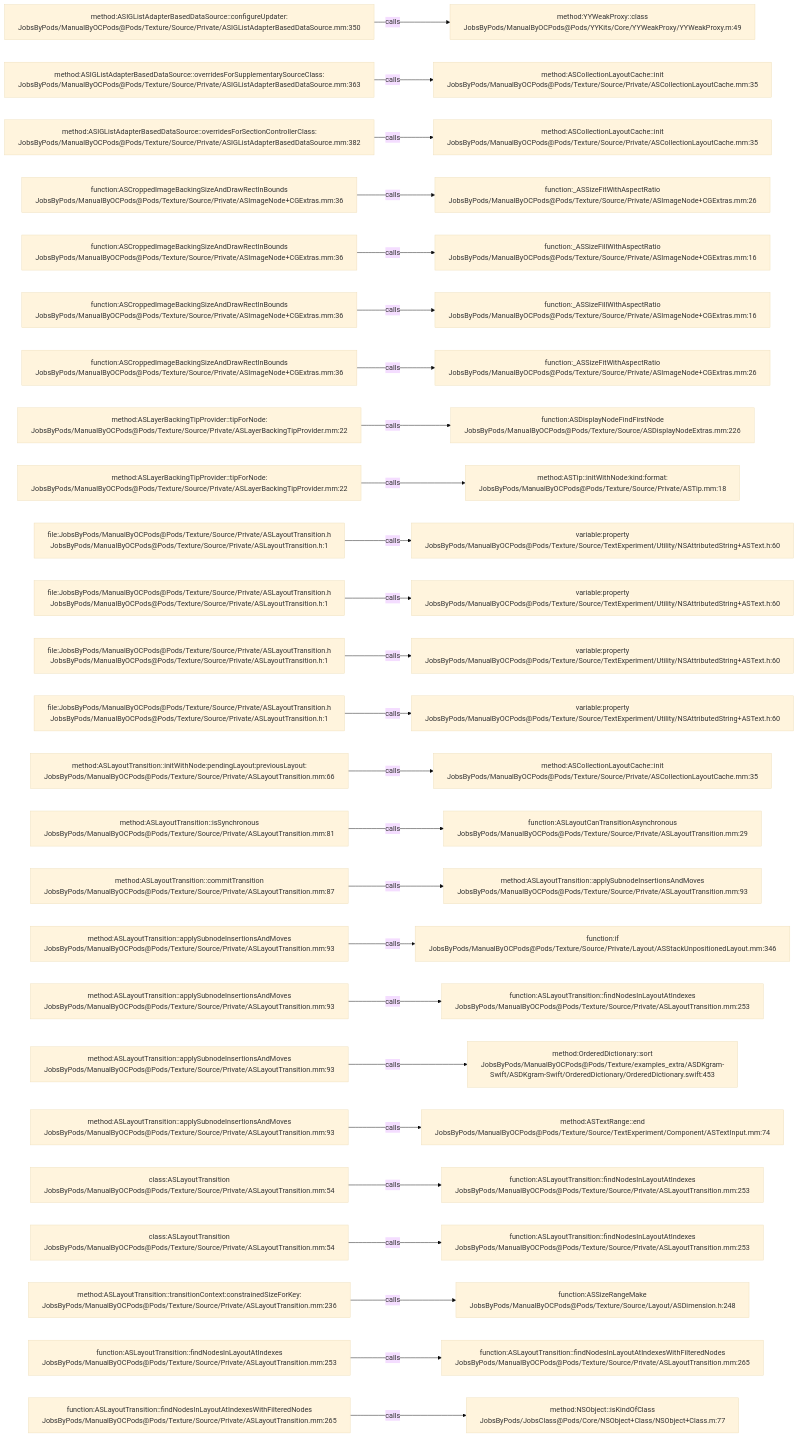
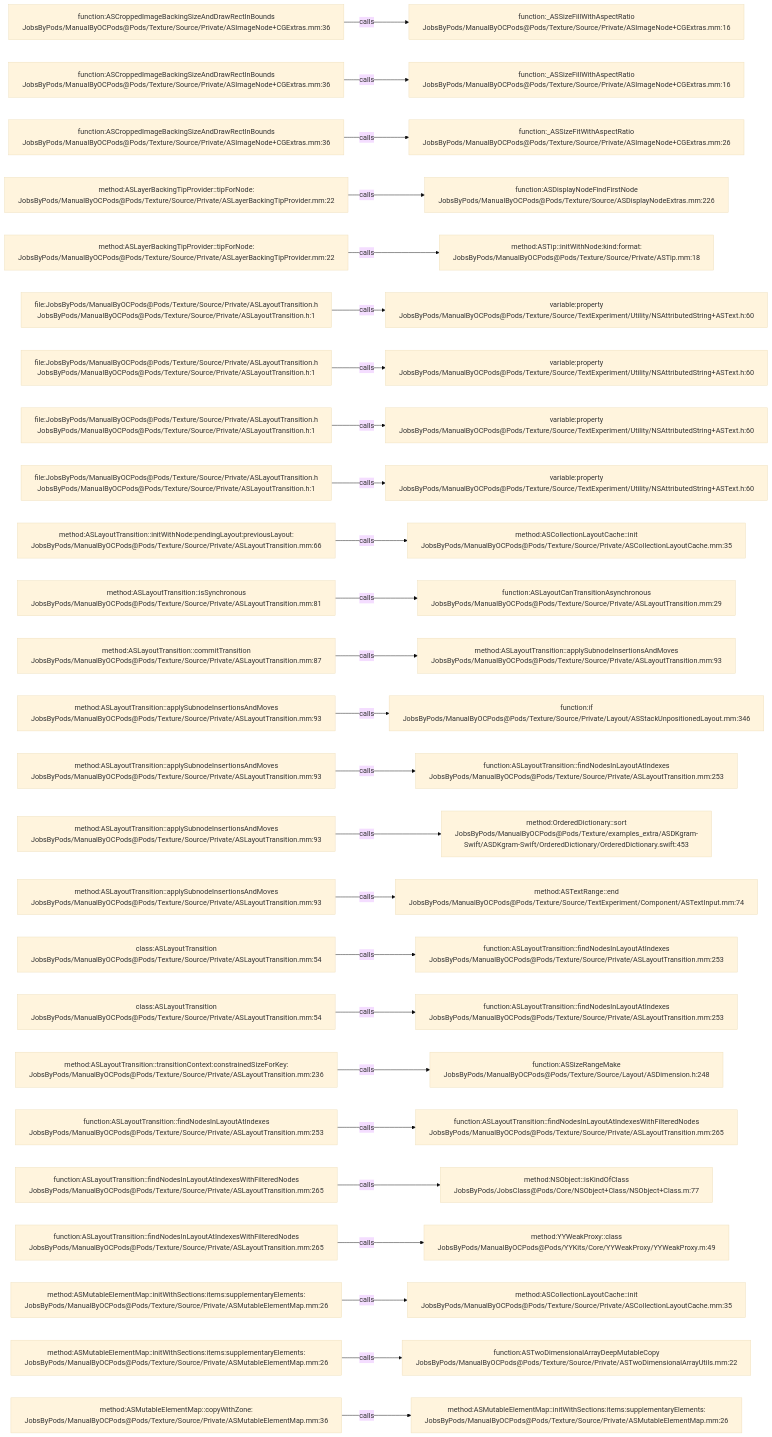
One commit to JobsKits/JobsOCBaseConfigDemo changed the diagram in .codegraph/codegraph.md/graphs/calls-188.md. Above: the diagram before and after it, drawn with Mermaid (base theme). The commit also changed 727 other files, not shown here.

````diff
--- a/.codegraph/codegraph.md/graphs/calls-188.md
+++ b/.codegraph/codegraph.md/graphs/calls-188.md
@@ -13,78 +13,78 @@
 ```mermaid
 flowchart LR
-  S1["method:ASIGListAdapterBasedDataSource::configureUpdater:<br/>JobsByPods/ManualByOCPods@Pods/Texture/Source/Private/ASIGListAdapterBasedDataSource.mm:350"]
-  T1["method:YYWeakProxy::class<br/>JobsByPods/ManualByOCPods@Pods/YYKits/Core/YYWeakProxy/YYWeakProxy.m:49"]
+  S1["function:ASCroppedImageBackingSizeAndDrawRectInBounds<br/>JobsByPods/ManualByOCPods@Pods/Texture/Source/Private/ASImageNode+CGExtras.mm:36"]
+  T1["function:_ASSizeFillWithAspectRatio<br/>JobsByPods/ManualByOCPods@Pods/Texture/Source/Private/ASImageNode+CGExtras.mm:16"]
   S1 -->|calls| T1
-  S2["method:ASIGListAdapterBasedDataSource::overridesForSupplementarySourceClass:<br/>JobsByPods/ManualByOCPods@Pods/Texture/Source/Private/ASIGListAdapterBasedDataSource.mm:363"]
-  T2["method:ASCollectionLayoutCache::init<br/>JobsByPods/ManualByOCPods@Pods/Texture/Source/Private/ASCollectionLayoutCache.mm:35"]
+  S2["function:ASCroppedImageBackingSizeAndDrawRectInBounds<br/>JobsByPods/ManualByOCPods@Pods/Texture/Source/Private/ASImageNode+CGExtras.mm:36"]
+  T2["function:_ASSizeFillWithAspectRatio<br/>JobsByPods/ManualByOCPods@Pods/Texture/Source/Private/ASImageNode+CGExtras.mm:16"]
   S2 -->|calls| T2
-  S3["method:ASIGListAdapterBasedDataSource::overridesForSectionControllerClass:<br/>JobsByPods/ManualByOCPods@Pods/Texture/Source/Private/ASIGListAdapterBasedDataSource.mm:382"]
-  T3["method:ASCollectionLayoutCache::init<br/>JobsByPods/ManualByOCPods@Pods/Texture/Source/Private/ASCollectionLayoutCache.mm:35"]
+  S3["function:ASCroppedImageBackingSizeAndDrawRectInBounds<br/>JobsByPods/ManualByOCPods@Pods/Texture/Source/Private/ASImageNode+CGExtras.mm:36"]
+  T3["function:_ASSizeFitWithAspectRatio<br/>JobsByPods/ManualByOCPods@Pods/Texture/Source/Private/ASImageNode+CGExtras.mm:26"]
   S3 -->|calls| T3
-  S4["function:ASCroppedImageBackingSizeAndDrawRectInBounds<br/>JobsByPods/ManualByOCPods@Pods/Texture/Source/Private/ASImageNode+CGExtras.mm:36"]
-  T4["function:_ASSizeFitWithAspectRatio<br/>JobsByPods/ManualByOCPods@Pods/Texture/Source/Private/ASImageNode+CGExtras.mm:26"]
+  S4["method:ASLayerBackingTipProvider::tipForNode:<br/>JobsByPods/ManualByOCPods@Pods/Texture/Source/Private/ASLayerBackingTipProvider.mm:22"]
+  T4["function:ASDisplayNodeFindFirstNode<br/>JobsByPods/ManualByOCPods@Pods/Texture/Source/ASDisplayNodeExtras.mm:226"]
   S4 -->|calls| T4
-  S5["function:ASCroppedImageBackingSizeAndDrawRectInBounds<br/>JobsByPods/ManualByOCPods@Pods/Texture/Source/Private/ASImageNode+CGExtras.mm:36"]
-  T5["function:_ASSizeFillWithAspectRatio<br/>JobsByPods/ManualByOCPods@Pods/Texture/Source/Private/ASImageNode+CGExtras.mm:16"]
+  S5["method:ASLayerBackingTipProvider::tipForNode:<br/>JobsByPods/ManualByOCPods@Pods/Texture/Source/Private/ASLayerBackingTipProvider.mm:22"]
+  T5["method:ASTip::initWithNode:kind:format:<br/>JobsByPods/ManualByOCPods@Pods/Texture/Source/Private/ASTip.mm:18"]
   S5 -->|calls| T5
-  S6["function:ASCroppedImageBackingSizeAndDrawRectInBounds<br/>JobsByPods/ManualByOCPods@Pods/Texture/Source/Private/ASImageNode+CGExtras.mm:36"]
-  T6["function:_ASSizeFillWithAspectRatio<br/>JobsByPods/ManualByOCPods@Pods/Texture/Source/Private/ASImageNode+CGExtras.mm:16"]
+  S6["file:JobsByPods/ManualByOCPods@Pods/Texture/Source/Private/ASLayoutTransition.h<br/>JobsByPods/ManualByOCPods@Pods/Texture/Source/Private/ASLayoutTransition.h:1"]
+  T6["variable:property<br/>JobsByPods/ManualByOCPods@Pods/Texture/Source/TextExperiment/Utility/NSAttributedString+ASText.h:60"]
   S6 -->|calls| T6
-  S7["function:ASCroppedImageBackingSizeAndDrawRectInBounds<br/>JobsByPods/ManualByOCPods@Pods/Texture/Source/Private/ASImageNode+CGExtras.mm:36"]
-  T7["function:_ASSizeFitWithAspectRatio<br/>JobsByPods/ManualByOCPods@Pods/Texture/Source/Private/ASImageNode+CGExtras.mm:26"]
+  S7["file:JobsByPods/ManualByOCPods@Pods/Texture/Source/Private/ASLayoutTransition.h<br/>JobsByPods/ManualByOCPods@Pods/Texture/Source/Private/ASLayoutTransition.h:1"]
+  T7["variable:property<br/>JobsByPods/ManualByOCPods@Pods/Texture/Source/TextExperiment/Utility/NSAttributedString+ASText.h:60"]
   S7 -->|calls| T7
-  S8["method:ASLayerBackingTipProvider::tipForNode:<br/>JobsByPods/ManualByOCPods@Pods/Texture/Source/Private/ASLayerBackingTipProvider.mm:22"]
-  T8["function:ASDisplayNodeFindFirstNode<br/>JobsByPods/ManualByOCPods@Pods/Texture/Source/ASDisplayNodeExtras.mm:226"]
+  S8["file:JobsByPods/ManualByOCPods@Pods/Texture/Source/Private/ASLayoutTransition.h<br/>JobsByPods/ManualByOCPods@Pods/Texture/Source/Private/ASLayoutTransition.h:1"]
+  T8["variable:property<br/>JobsByPods/ManualByOCPods@Pods/Texture/Source/TextExperiment/Utility/NSAttributedString+ASText.h:60"]
   S8 -->|calls| T8
-  S9["method:ASLayerBackingTipProvider::tipForNode:<br/>JobsByPods/ManualByOCPods@Pods/Texture/Source/Private/ASLayerBackingTipProvider.mm:22"]
-  T9["method:ASTip::initWithNode:kind:format:<br/>JobsByPods/ManualByOCPods@Pods/Texture/Source/Private/ASTip.mm:18"]
+  S9["file:JobsByPods/ManualByOCPods@Pods/Texture/Source/Private/ASLayoutTransition.h<br/>JobsByPods/ManualByOCPods@Pods/Texture/Source/Private/ASLayoutTransition.h:1"]
+  T9["variable:property<br/>JobsByPods/ManualByOCPods@Pods/Texture/Source/TextExperiment/Utility/NSAttributedString+ASText.h:60"]
   S9 -->|calls| T9
-  S10["file:JobsByPods/ManualByOCPods@Pods/Texture/Source/Private/ASLayoutTransition.h<br/>JobsByPods/ManualByOCPods@Pods/Texture/Source/Private/ASLayoutTransition.h:1"]
-  T10["variable:property<br/>JobsByPods/ManualByOCPods@Pods/Texture/Source/TextExperiment/Utility/NSAttributedString+ASText.h:60"]
+  S10["method:ASLayoutTransition::initWithNode:pendingLayout:previousLayout:<br/>JobsByPods/ManualByOCPods@Pods/Texture/Source/Private/ASLayoutTransition.mm:66"]
+  T10["method:ASCollectionLayoutCache::init<br/>JobsByPods/ManualByOCPods@Pods/Texture/Source/Private/ASCollectionLayoutCache.mm:35"]
   S10 -->|calls| T10
-  S11["file:JobsByPods/ManualByOCPods@Pods/Texture/Source/Private/ASLayoutTransition.h<br/>JobsByPods/ManualByOCPods@Pods/Texture/Source/Private/ASLayoutTransition.h:1"]
-  T11["variable:property<br/>JobsByPods/ManualByOCPods@Pods/Texture/Source/TextExperiment/Utility/NSAttributedString+ASText.h:60"]
+  S11["method:ASLayoutTransition::isSynchronous<br/>JobsByPods/ManualByOCPods@Pods/Texture/Source/Private/ASLayoutTransition.mm:81"]
+  T11["function:ASLayoutCanTransitionAsynchronous<br/>JobsByPods/ManualByOCPods@Pods/Texture/Source/Private/ASLayoutTransition.mm:29"]
   S11 -->|calls| T11
-  S12["file:JobsByPods/ManualByOCPods@Pods/Texture/Source/Private/ASLayoutTransition.h<br/>JobsByPods/ManualByOCPods@Pods/Texture/Source/Private/ASLayoutTransition.h:1"]
-  T12["variable:property<br/>JobsByPods/ManualByOCPods@Pods/Texture/Source/TextExperiment/Utility/NSAttributedString+ASText.h:60"]
+  S12["method:ASLayoutTransition::commitTransition<br/>JobsByPods/ManualByOCPods@Pods/Texture/Source/Private/ASLayoutTransition.mm:87"]
+  T12["method:ASLayoutTransition::applySubnodeInsertionsAndMoves<br/>JobsByPods/ManualByOCPods@Pods/Texture/Source/Private/ASLayoutTransition.mm:93"]
   S12 -->|calls| T12
-  S13["file:JobsByPods/ManualByOCPods@Pods/Texture/Source/Private/ASLayoutTransition.h<br/>JobsByPods/ManualByOCPods@Pods/Texture/Source/Private/ASLayoutTransition.h:1"]
-  T13["variable:property<br/>JobsByPods/ManualByOCPods@Pods/Texture/Source/TextExperiment/Utility/NSAttributedString+ASText.h:60"]
+  S13["method:ASLayoutTransition::applySubnodeInsertionsAndMoves<br/>JobsByPods/ManualByOCPods@Pods/Texture/Source/Private/ASLayoutTransition.mm:93"]
+  T13["function:if<br/>JobsByPods/ManualByOCPods@Pods/Texture/Source/Private/Layout/ASStackUnpositionedLayout.mm:346"]
   S13 -->|calls| T13
-  S14["method:ASLayoutTransition::initWithNode:pendingLayout:previousLayout:<br/>JobsByPods/ManualByOCPods@Pods/Texture/Source/Private/ASLayoutTransition.mm:66"]
-  T14["method:ASCollectionLayoutCache::init<br/>JobsByPods/ManualByOCPods@Pods/Texture/Source/Private/ASCollectionLayoutCache.mm:35"]
+  S14["method:ASLayoutTransition::applySubnodeInsertionsAndMoves<br/>JobsByPods/ManualByOCPods@Pods/Texture/Source/Private/ASLayoutTransition.mm:93"]
+  T14["function:ASLayoutTransition::findNodesInLayoutAtIndexes<br/>JobsByPods/ManualByOCPods@Pods/Texture/Source/Private/ASLayoutTransition.mm:253"]
   S14 -->|calls| T14
-  S15["method:ASLayoutTransition::isSynchronous<br/>JobsByPods/ManualByOCPods@Pods/Texture/Source/Private/ASLayoutTransition.mm:81"]
-  T15["function:ASLayoutCanTransitionAsynchronous<br/>JobsByPods/ManualByOCPods@Pods/Texture/Source/Private/ASLayoutTransition.mm:29"]
+  S15["method:ASLayoutTransition::applySubnodeInsertionsAndMoves<br/>JobsByPods/ManualByOCPods@Pods/Texture/Source/Private/ASLayoutTransition.mm:93"]
+  T15["method:OrderedDictionary::sort<br/>JobsByPods/ManualByOCPods@Pods/Texture/examples_extra/ASDKgram-Swift/ASDKgram-Swift/OrderedDictionary/OrderedDictionary.swift:453"]
   S15 -->|calls| T15
-  S16["method:ASLayoutTransition::commitTransition<br/>JobsByPods/ManualByOCPods@Pods/Texture/Source/Private/ASLayoutTransition.mm:87"]
-  T16["method:ASLayoutTransition::applySubnodeInsertionsAndMoves<br/>JobsByPods/ManualByOCPods@Pods/Texture/Source/Private/ASLayoutTransition.mm:93"]
+  S16["method:ASLayoutTransition::applySubnodeInsertionsAndMoves<br/>JobsByPods/ManualByOCPods@Pods/Texture/Source/Private/ASLayoutTransition.mm:93"]
+  T16["method:ASTextRange::end<br/>JobsByPods/ManualByOCPods@Pods/Texture/Source/TextExperiment/Component/ASTextInput.mm:74"]
   S16 -->|calls| T16
-  S17["method:ASLayoutTransition::applySubnodeInsertionsAndMoves<br/>JobsByPods/ManualByOCPods@Pods/Texture/Source/Private/ASLayoutTransition.mm:93"]
-  T17["function:if<br/>JobsByPods/ManualByOCPods@Pods/Texture/Source/Private/Layout/ASStackUnpositionedLayout.mm:346"]
+  S17["class:ASLayoutTransition<br/>JobsByPods/ManualByOCPods@Pods/Texture/Source/Private/ASLayoutTransition.mm:54"]
+  T17["function:ASLayoutTransition::findNodesInLayoutAtIndexes<br/>JobsByPods/ManualByOCPods@Pods/Texture/Source/Private/ASLayoutTransition.mm:253"]
   S17 -->|calls| T17
-  S18["method:ASLayoutTransition::applySubnodeInsertionsAndMoves<br/>JobsByPods/ManualByOCPods@Pods/Texture/Source/Private/ASLayoutTransition.mm:93"]
+  S18["class:ASLayoutTransition<br/>JobsByPods/ManualByOCPods@Pods/Texture/Source/Private/ASLayoutTransition.mm:54"]
   T18["function:ASLayoutTransition::findNodesInLayoutAtIndexes<br/>JobsByPods/ManualByOCPods@Pods/Texture/Source/Private/ASLayoutTransition.mm:253"]
   S18 -->|calls| T18
-  S19["method:ASLayoutTransition::applySubnodeInsertionsAndMoves<br/>JobsByPods/ManualByOCPods@Pods/Texture/Source/Private/ASLayoutTransition.mm:93"]
-  T19["method:OrderedDictionary::sort<br/>JobsByPods/ManualByOCPods@Pods/Texture/examples_extra/ASDKgram-Swift/ASDKgram-Swift/OrderedDictionary/OrderedDictionary.swift:453"]
+  S19["method:ASLayoutTransition::transitionContext:constrainedSizeForKey:<br/>JobsByPods/ManualByOCPods@Pods/Texture/Source/Private/ASLayoutTransition.mm:236"]
+  T19["function:ASSizeRangeMake<br/>JobsByPods/ManualByOCPods@Pods/Texture/Source/Layout/ASDimension.h:248"]
   S19 -->|calls| T19
-  S20["method:ASLayoutTransition::applySubnodeInsertionsAndMoves<br/>JobsByPods/ManualByOCPods@Pods/Texture/Source/Private/ASLayoutTransition.mm:93"]
-  T20["method:ASTextRange::end<br/>JobsByPods/ManualByOCPods@Pods/Texture/Source/TextExperiment/Component/ASTextInput.mm:74"]
+  S20["function:ASLayoutTransition::findNodesInLayoutAtIndexes<br/>JobsByPods/ManualByOCPods@Pods/Texture/Source/Private/ASLayoutTransition.mm:253"]
+  T20["function:ASLayoutTransition::findNodesInLayoutAtIndexesWithFilteredNodes<br/>JobsByPods/ManualByOCPods@Pods/Texture/Source/Private/ASLayoutTransition.mm:265"]
   S20 -->|calls| T20
-  S21["class:ASLayoutTransition<br/>JobsByPods/ManualByOCPods@Pods/Texture/Source/Private/ASLayoutTransition.mm:54"]
-  T21["function:ASLayoutTransition::findNodesInLayoutAtIndexes<br/>JobsByPods/ManualByOCPods@Pods/Texture/Source/Private/ASLayoutTransition.mm:253"]
+  S21["function:ASLayoutTransition::findNodesInLayoutAtIndexesWithFilteredNodes<br/>JobsByPods/ManualByOCPods@Pods/Texture/Source/Private/ASLayoutTransition.mm:265"]
+  T21["method:NSObject::isKindOfClass<br/>JobsByPods/JobsClass@Pods/Core/NSObject+Class/NSObject+Class.m:77"]
   S21 -->|calls| T21
-  S22["class:ASLayoutTransition<br/>JobsByPods/ManualByOCPods@Pods/Texture/Source/Private/ASLayoutTransition.mm:54"]
-  T22["function:ASLayoutTransition::findNodesInLayoutAtIndexes<br/>JobsByPods/ManualByOCPods@Pods/Texture/Source/Private/ASLayoutTransition.mm:253"]
+  S22["function:ASLayoutTransition::findNodesInLayoutAtIndexesWithFilteredNodes<br/>JobsByPods/ManualByOCPods@Pods/Texture/Source/Private/ASLayoutTransition.mm:265"]
+  T22["method:YYWeakProxy::class<br/>JobsByPods/ManualByOCPods@Pods/YYKits/Core/YYWeakProxy/YYWeakProxy.m:49"]
   S22 -->|calls| T22
-  S23["method:ASLayoutTransition::transitionContext:constrainedSizeForKey:<br/>JobsByPods/ManualByOCPods@Pods/Texture/Source/Private/ASLayoutTransition.mm:236"]
-  T23["function:ASSizeRangeMake<br/>JobsByPods/ManualByOCPods@Pods/Texture/Source/Layout/ASDimension.h:248"]
+  S23["method:ASMutableElementMap::initWithSections:items:supplementaryElements:<br/>JobsByPods/ManualByOCPods@Pods/Texture/Source/Private/ASMutableElementMap.mm:26"]
+  T23["method:ASCollectionLayoutCache::init<br/>JobsByPods/ManualByOCPods@Pods/Texture/Source/Private/ASCollectionLayoutCache.mm:35"]
   S23 -->|calls| T23
-  S24["function:ASLayoutTransition::findNodesInLayoutAtIndexes<br/>JobsByPods/ManualByOCPods@Pods/Texture/Source/Private/ASLayoutTransition.mm:253"]
-  T24["function:ASLayoutTransition::findNodesInLayoutAtIndexesWithFilteredNodes<br/>JobsByPods/ManualByOCPods@Pods/Texture/Source/Private/ASLayoutTransition.mm:265"]
+  S24["method:ASMutableElementMap::initWithSections:items:supplementaryElements:<br/>JobsByPods/ManualByOCPods@Pods/Texture/Source/Private/ASMutableElementMap.mm:26"]
+  T24["function:ASTwoDimensionalArrayDeepMutableCopy<br/>JobsByPods/ManualByOCPods@Pods/Texture/Source/Private/ASTwoDimensionalArrayUtils.mm:22"]
   S24 -->|calls| T24
-  S25["function:ASLayoutTransition::findNodesInLayoutAtIndexesWithFilteredNodes<br/>JobsByPods/ManualByOCPods@Pods/Texture/Source/Private/ASLayoutTransition.mm:265"]
-  T25["method:NSObject::isKindOfClass<br/>JobsByPods/JobsClass@Pods/Core/NSObject+Class/NSObject+Class.m:77"]
+  S25["method:ASMutableElementMap::copyWithZone:<br/>JobsByPods/ManualByOCPods@Pods/Texture/Source/Private/ASMutableElementMap.mm:36"]
+  T25["method:ASMutableElementMap::initWithSections:items:supplementaryElements:<br/>JobsByPods/ManualByOCPods@Pods/Texture/Source/Private/ASMutableElementMap.mm:26"]
   S25 -->|calls| T25
 ```
````
